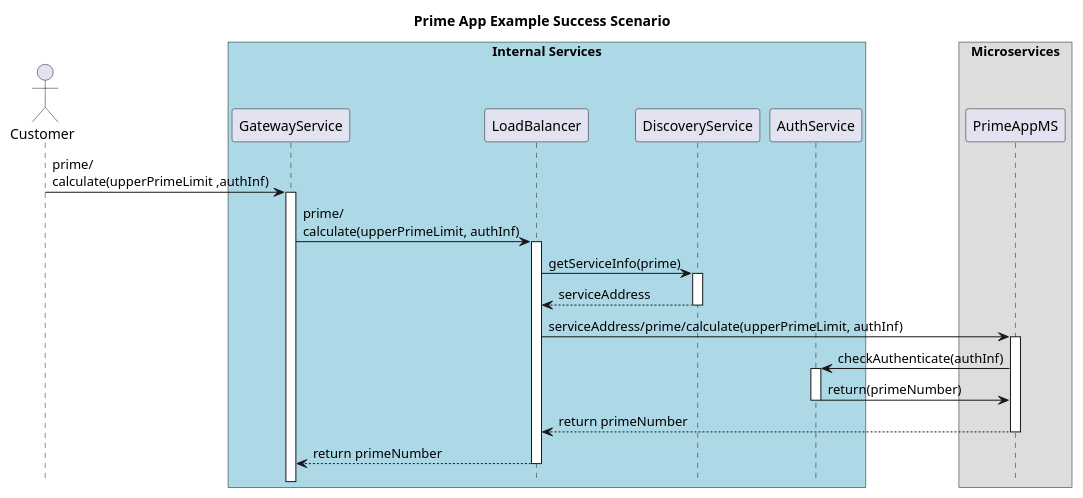
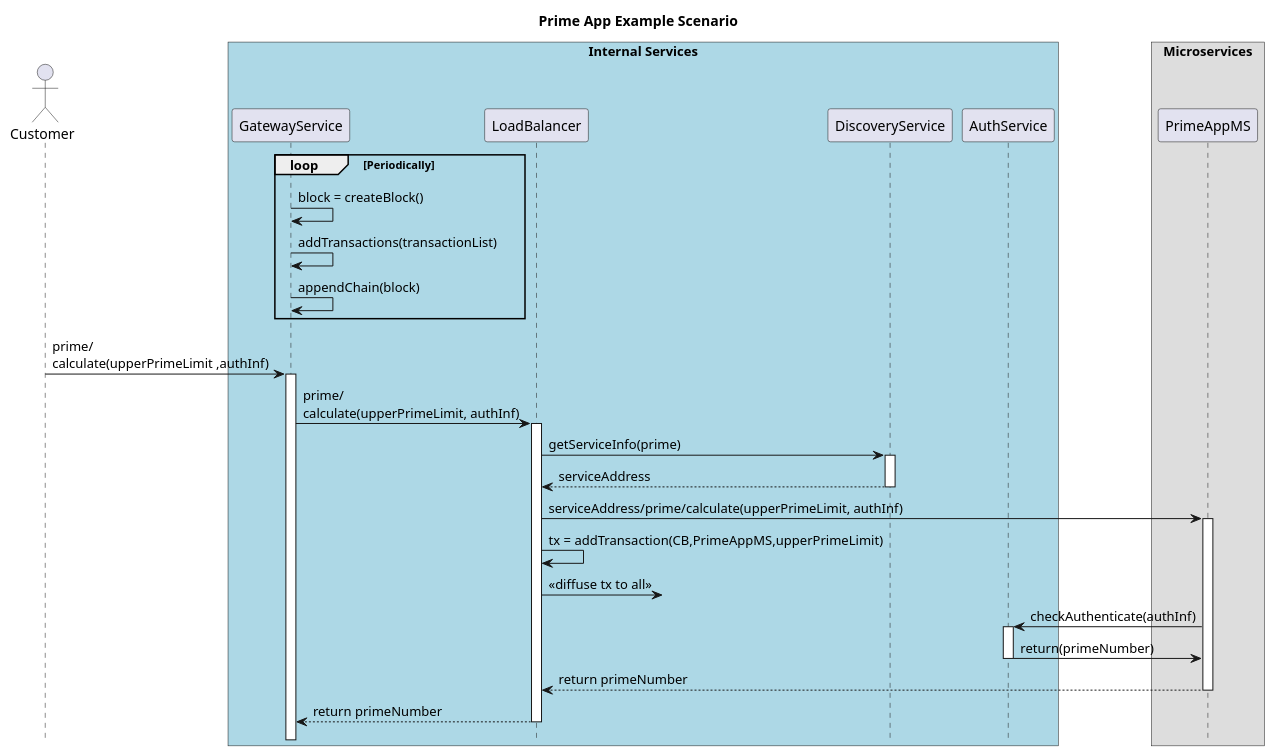
Before and after one commit to naimyurek/microblockthesis: the diagram in 10 Prime Example Success.wsd, drawn with PlantUML. The commit also changed 7 other files, not shown here.

```diff
--- a/10 Prime Example Success.wsd
+++ b/10 Prime Example Success.wsd
@@ -1,31 +1,37 @@
 @startuml PrimeAppScenario
 !pragma teoz true
 
-title "Prime App Example Success Scenario"
+title "Prime App Example Scenario"
 
 hide footbox
 actor Customer
 
 
 box "Internal Services" #LightBlue
 participant GatewayService
 participant LoadBalancer
 participant DiscoveryService
 participant AuthService
 end box
 
 box "Microservices"
 participant PrimeAppMS
 end box
-
+loop Periodically
+GatewayService -> GatewayService : block = createBlock()
+GatewayService -> GatewayService : addTransactions(transactionList)
+GatewayService -> GatewayService : appendChain(block)
+end
 Customer -> GatewayService ++ : prime/\ncalculate(upperPrimeLimit ,authInf)
 GatewayService -> LoadBalancer ++ : prime/\ncalculate(upperPrimeLimit, authInf)
 LoadBalancer -> DiscoveryService ++ : getServiceInfo(prime)
 return serviceAddress 
 LoadBalancer -> PrimeAppMS ++ : serviceAddress/prime/calculate(upperPrimeLimit, authInf)
+LoadBalancer -> LoadBalancer: tx = addTransaction(CB,PrimeAppMS,upperPrimeLimit)
+LoadBalancer ->? : << diffuse tx to all >>
 PrimeAppMS -> AuthService ++ : checkAuthenticate(authInf)
 AuthService -> PrimeAppMS -- : return(primeNumber)
 return return primeNumber 
 return return primeNumber 
 
 @enduml
```
